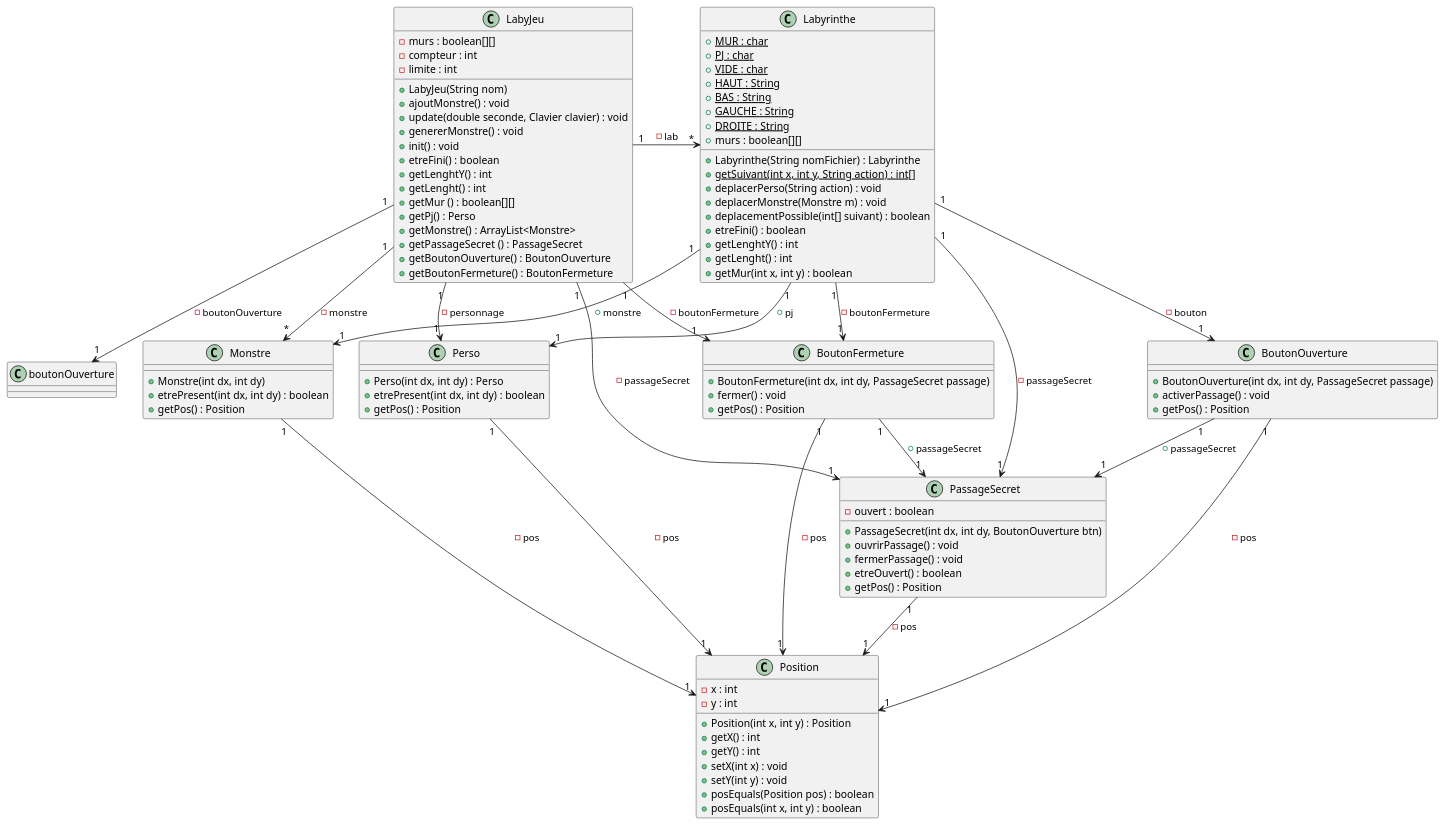
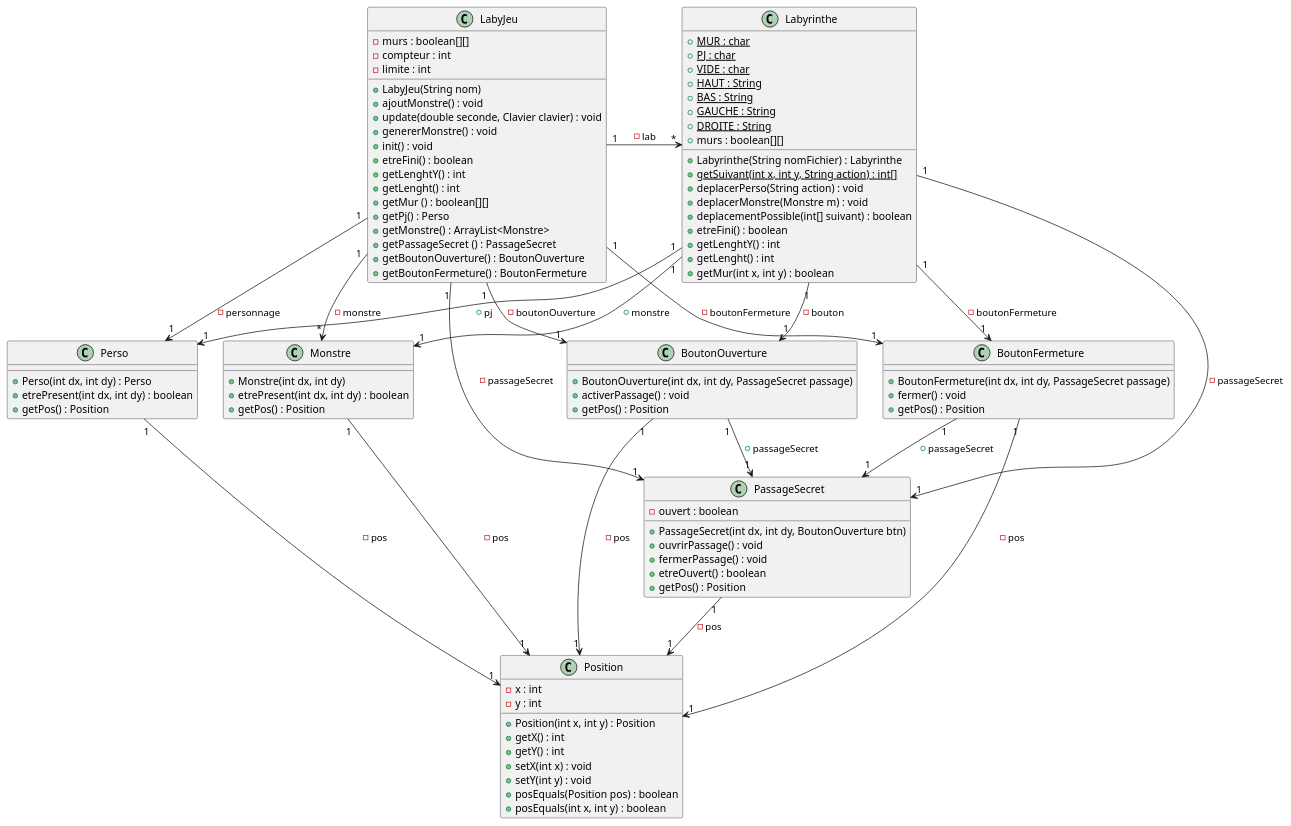
Before and after one commit to Zhi-Sheng-Trieu/2022_Zeldiablo_Doan_Oudin_Trieu_Noel: the diagram in documents/version_3/diagClasseV3.puml, drawn with PlantUML. The commit also changed 1 other file, not shown here.

Commit message:
Correction diagramme v3

```diff
--- a/documents/version_3/diagClasseV3.puml
+++ b/documents/version_3/diagClasseV3.puml
@@ -1,111 +1,111 @@
 @startuml
 
 class Labyrinthe{
     {static} +MUR : char
     {static} +PJ : char
     {static} +VIDE : char
     {static} +HAUT : String
     {static} +BAS : String
     {static} +GAUCHE : String
     {static} +DROITE : String
     +murs : boolean[][]
 
     +Labyrinthe(String nomFichier) : Labyrinthe
     {static}+getSuivant(int x, int y, String action) : int[]
     +deplacerPerso(String action) : void
     +deplacerMonstre(Monstre m) : void
     +deplacementPossible(int[] suivant) : boolean
     +etreFini() : boolean
     +getLenghtY() : int
     +getLenght() : int
     +getMur(int x, int y) : boolean
 
 
 }
 class Perso {
     +Perso(int dx, int dy) : Perso
     +etrePresent(int dx, int dy) : boolean
     +getPos() : Position
 }
 
 class Monstre{
     +Monstre(int dx, int dy)
     +etrePresent(int dx, int dy) : boolean
     +getPos() : Position
 }
 
 class PassageSecret {
     -ouvert : boolean
     +PassageSecret(int dx, int dy, BoutonOuverture btn)
     +ouvrirPassage() : void
     +fermerPassage() : void
     +etreOuvert() : boolean
     +getPos() : Position
 }
 
 class BoutonOuverture {
     +BoutonOuverture(int dx, int dy, PassageSecret passage)
     +activerPassage() : void
     +getPos() : Position
 }
 
 class BoutonFermeture {
     +BoutonFermeture(int dx, int dy, PassageSecret passage)
     +fermer() : void
     +getPos() : Position
 }
 
 class Position {
     -x : int
     -y : int
     +Position(int x, int y) : Position
     +getX() : int
     +getY() : int
     +setX(int x) : void
     +setY(int y) : void
     +posEquals(Position pos) : boolean
     +posEquals(int x, int y) : boolean
 }
 
 
 class LabyJeu{
         -murs : boolean[][]
         -compteur : int
         -limite : int
         +LabyJeu(String nom)
         +ajoutMonstre() : void
         +update(double seconde, Clavier clavier) : void
         + genererMonstre() : void
         +init() : void
         +etreFini() : boolean
         +getLenghtY() : int
         +getLenght() : int
         +getMur () : boolean[][]
         +getPj() : Perso
         +getMonstre() : ArrayList<Monstre>
         +getPassageSecret () : PassageSecret
         +getBoutonOuverture() : BoutonOuverture
         +getBoutonFermeture() : BoutonFermeture
 }
 
 LabyJeu "1" -> "*" Labyrinthe : -lab
-LabyJeu "1" --> "1" boutonOuverture : -boutonOuverture
+LabyJeu "1" --> "1" BoutonOuverture : -boutonOuverture
 LabyJeu "1" --> "1" PassageSecret : -passageSecret
 LabyJeu "1" --> "1" BoutonFermeture : -boutonFermeture
 LabyJeu "1" --> "1" Perso : -personnage
 LabyJeu "1" --> "*" Monstre : -monstre
 Labyrinthe "1"-->"1" Perso : +pj
 Labyrinthe "1"-->"1" Monstre : +monstre
 Labyrinthe "1"-->"1" PassageSecret : -passageSecret
 Labyrinthe "1"-->"1" BoutonOuverture : -bouton
 Labyrinthe "1"-->"1" BoutonFermeture : -boutonFermeture
 BoutonOuverture "1"-->"1" PassageSecret : +passageSecret
 BoutonFermeture "1"-->"1" PassageSecret : +passageSecret
 BoutonFermeture "1"-->"1" Position : -pos
 Perso "1"-->"1" Position : -pos
 Monstre "1"-->"1" Position : -pos
 PassageSecret "1"-->"1" Position : -pos
 BoutonOuverture "1"-->"1" Position : -pos
 
 
 @enduml
```
